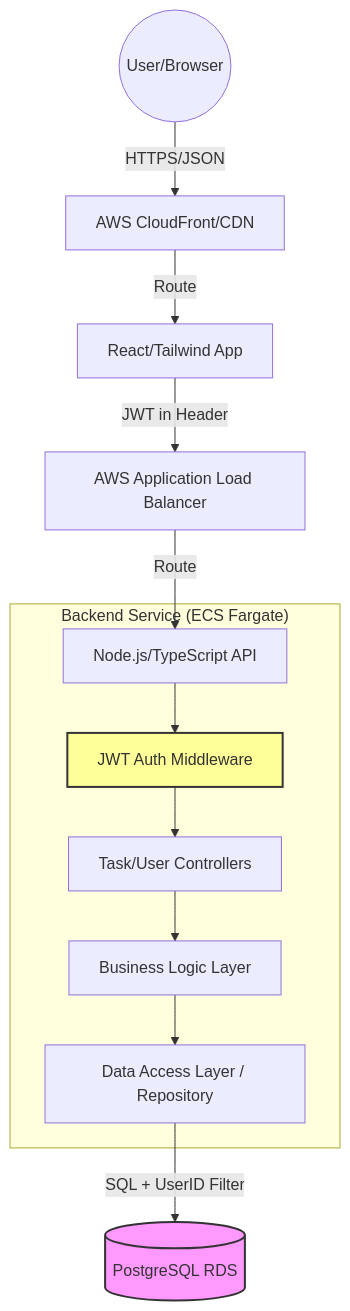
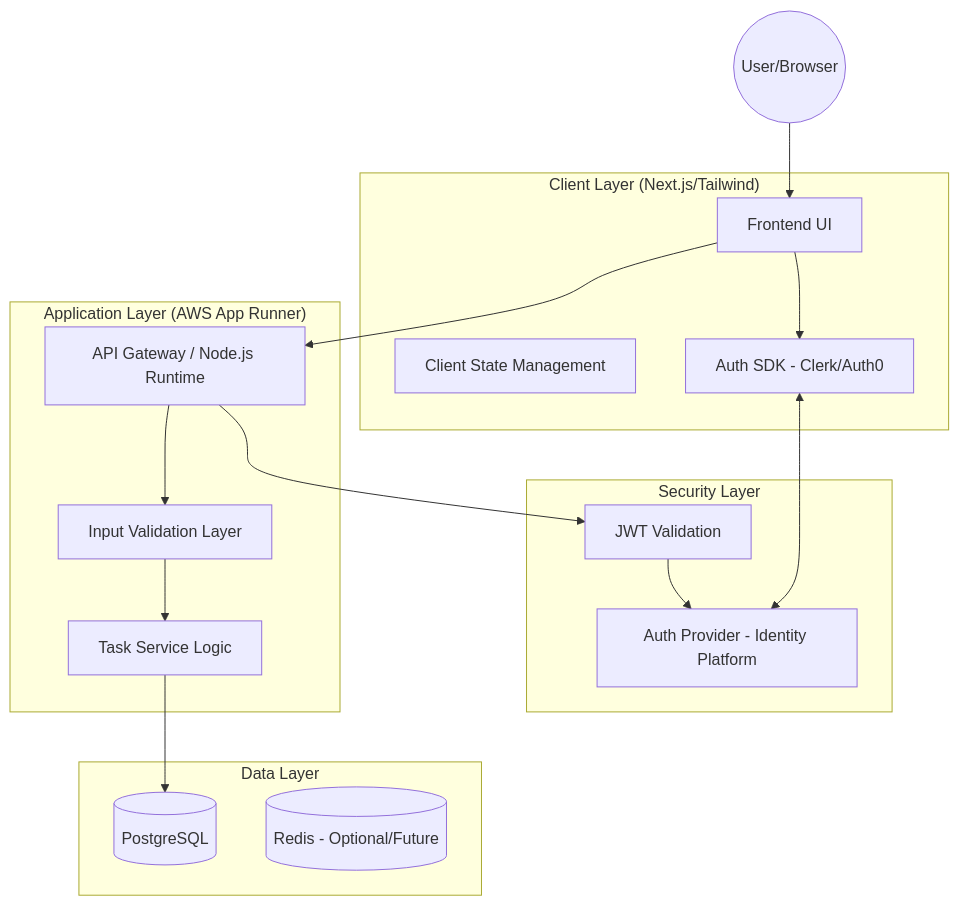
The diagram in output/documentation/03_architecture.md (madhumitha-r26/SoftwareUnit_CrewAI), drawn with Mermaid before and after one commit. The commit also changed other lines of this file and 34 other files, not shown here.

````diff
--- a/output/documentation/03_architecture.md
+++ b/output/documentation/03_architecture.md
@@ -15,19 +15,36 @@
 ```mermaid
 graph TD
-    User((User/Browser)) -->|HTTPS/JSON| CloudFront[AWS CloudFront/CDN]
-    CloudFront -->|Route| Frontend[React/Tailwind App]
-    Frontend -->|JWT in Header| ALB[AWS Application Load Balancer]
-    ALB -->|Route| API[Node.js/TypeScript API]
+    User((User/Browser))
     
-    subgraph "Backend Service (ECS Fargate)"
-        API --> AuthMiddleware[JWT Auth Middleware]
-        AuthMiddleware --> Controller[Task/User Controllers]
-        Controller --> Service[Business Logic Layer]
-        Service --> Repo[Data Access Layer / Repository]
+    subgraph "Client Layer (Next.js/Tailwind)"
+        UI[Frontend UI]
+        State[Client State Management]
+        AuthClient[Auth SDK - Clerk/Auth0]
     end
-    
-    Repo -->|SQL + UserID Filter| DB[(PostgreSQL RDS)]
-    
-    style DB fill:#f9f,stroke:#333,stroke-width:2px
-    style AuthMiddleware fill:#ff9,stroke:#333,stroke-width:2px
+
+    subgraph "Security Layer"
+        AuthProv[Auth Provider - Identity Platform]
+        JWT[JWT Validation]
+    end
+
+    subgraph "Application Layer (AWS App Runner)"
+        API[API Gateway / Node.js Runtime]
+        Logic[Task Service Logic]
+        Val[Input Validation Layer]
+    end
+
+    subgraph "Data Layer"
+        DB[(PostgreSQL)]
+        Cache[(Redis - Optional/Future)]
+    end
+
+    User --> UI
+    UI --> AuthClient
+    AuthClient <--> AuthProv
+    UI --> API
+    API --> JWT
+    JWT --> AuthProv
+    API --> Val
+    Val --> Logic
+    Logic --> DB
 ```
````
